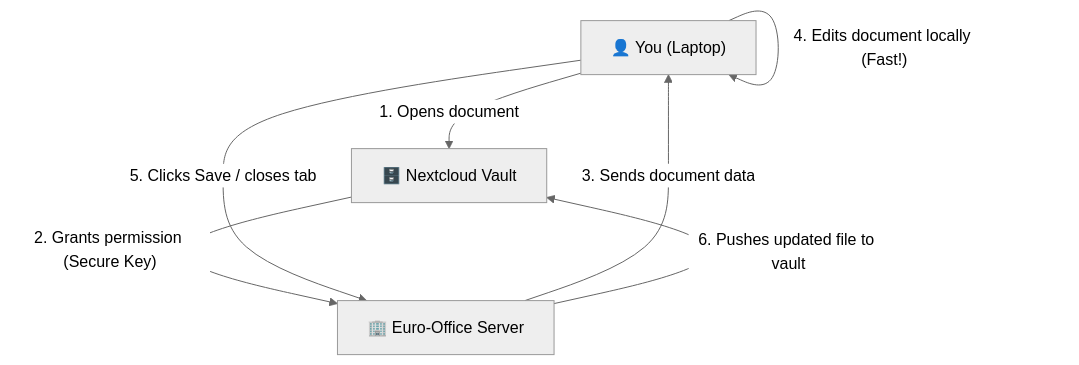
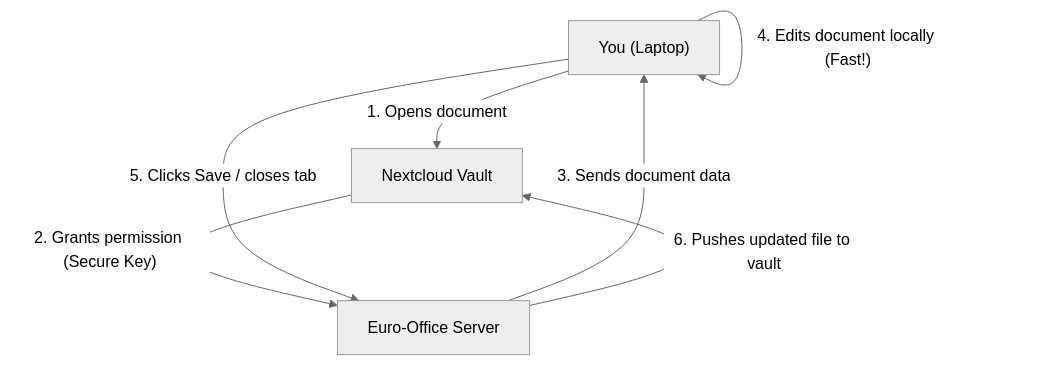
One commit to PorKeat/office_docs changed the second of 2 diagrams in Guides/setup_euro_office.md. Above: the diagram before and after it, drawn with Mermaid. The commit also changed 6 other files, not shown here.

````diff
--- a/Guides/setup_euro_office.md
+++ b/Guides/setup_euro_office.md
@@ -27,10 +27,10 @@
 ```mermaid
 %%{init: {'theme': 'neutral', 'themeVariables': { 'background': 'transparent' }}}%%
 flowchart TD
-    User["👤 You (Laptop)"] -->|"1. Opens document"| Storage["🗄️ Nextcloud Vault"]
-    Storage -->|"2. Grants permission (Secure Key)"| Server["🏢 Euro-Office Server"]
+    User["You (Laptop)"] -->|"1. Opens document"| Storage["Nextcloud Vault"]
+    Storage -->|"2. Grants permission (Secure Key)"| Server["Euro-Office Server"]
     Server -->|"3. Sends document data"| User
     User -->|"4. Edits document locally (Fast!)"| User
     User -->|"5. Clicks Save / closes tab"| Server
     Server -->|"6. Pushes updated file to vault"| Storage
 ```
````
